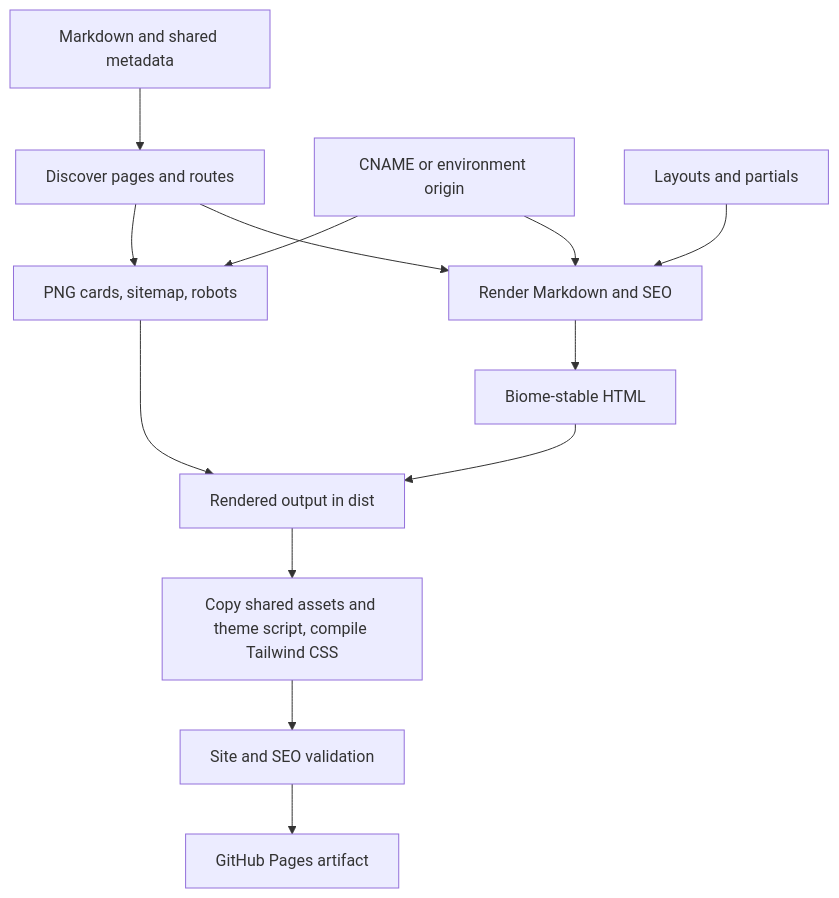
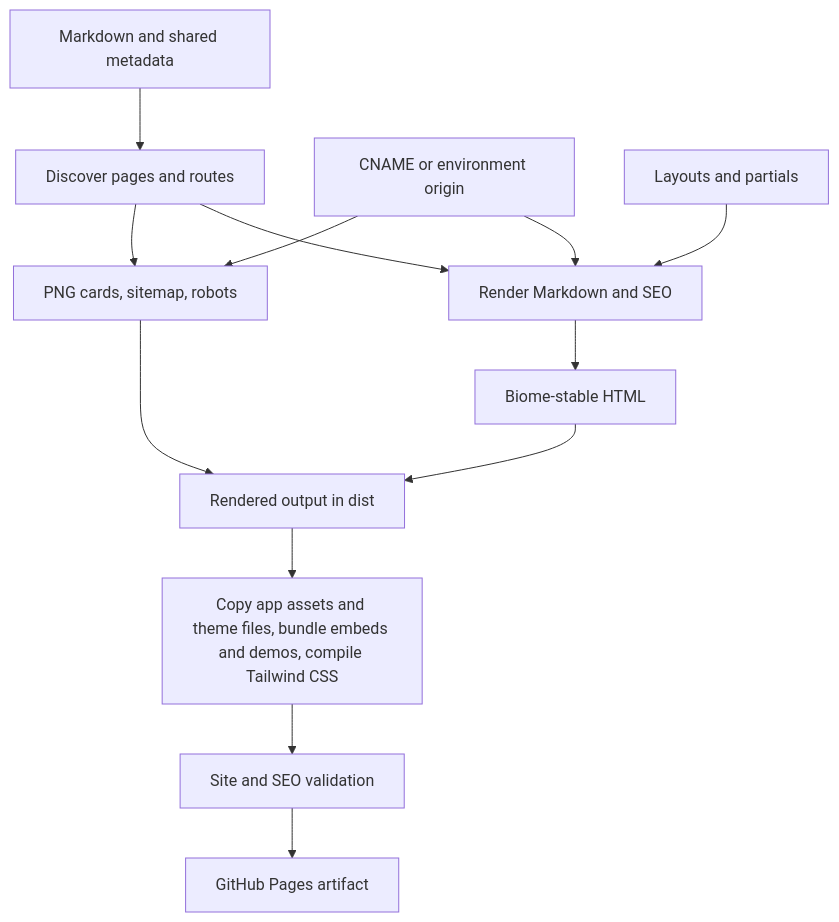
The diagram in docs/rendering-flow.md (pulkitxm/pulkit.page), drawn with Mermaid before and after one commit. The commit also changed other lines of this file and 645 other files, not shown here.

````diff
--- a/docs/rendering-flow.md
+++ b/docs/rendering-flow.md
@@ -7,15 +7,15 @@
 ```mermaid
 flowchart TD
   A[Markdown and shared metadata] --> B[Discover pages and routes]
   O[CNAME or environment origin] --> C[Render Markdown and SEO]
   B --> C
   L[Layouts and partials] --> C
   C --> D[Biome-stable HTML]
   B --> E[PNG cards, sitemap, robots]
   O --> E
   D --> F[Rendered output in dist]
   E --> F
-  F --> I[Copy shared assets and theme script, compile Tailwind CSS]
+  F --> I[Copy app assets and theme files, bundle embeds and demos, compile Tailwind CSS]
   I --> J[Site and SEO validation]
   J --> K[GitHub Pages artifact]
 ```
````
